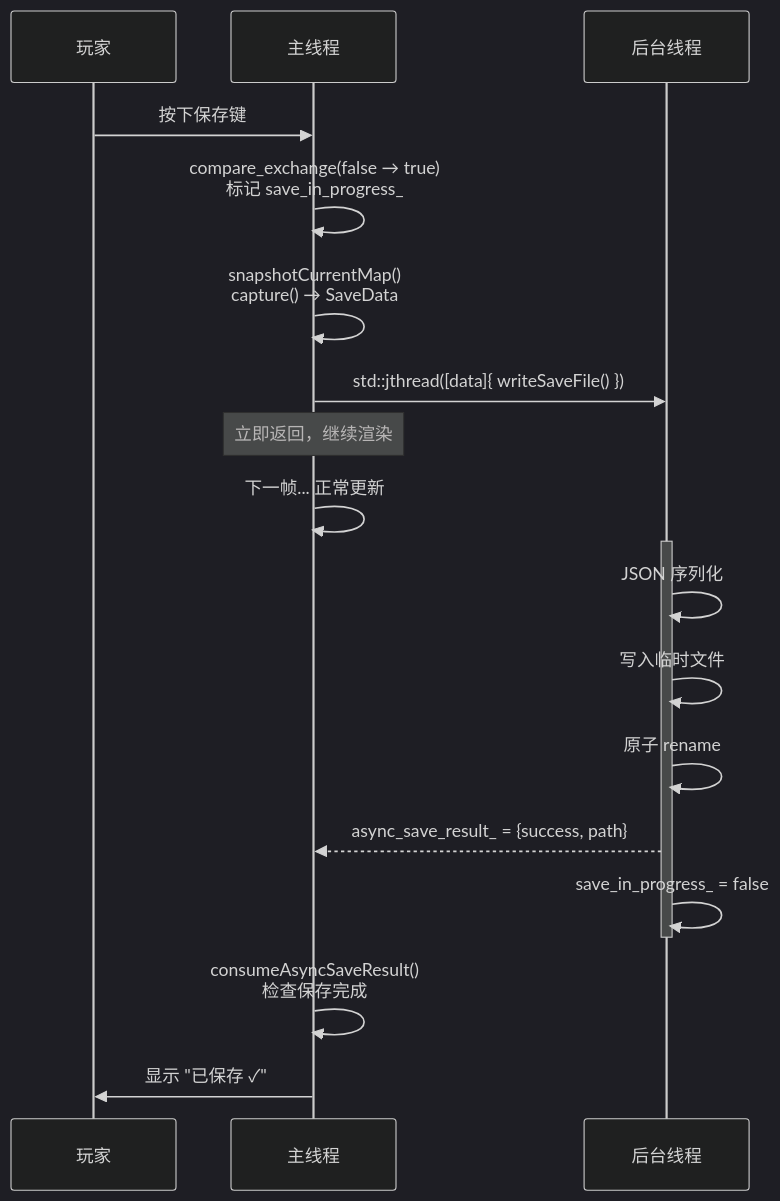
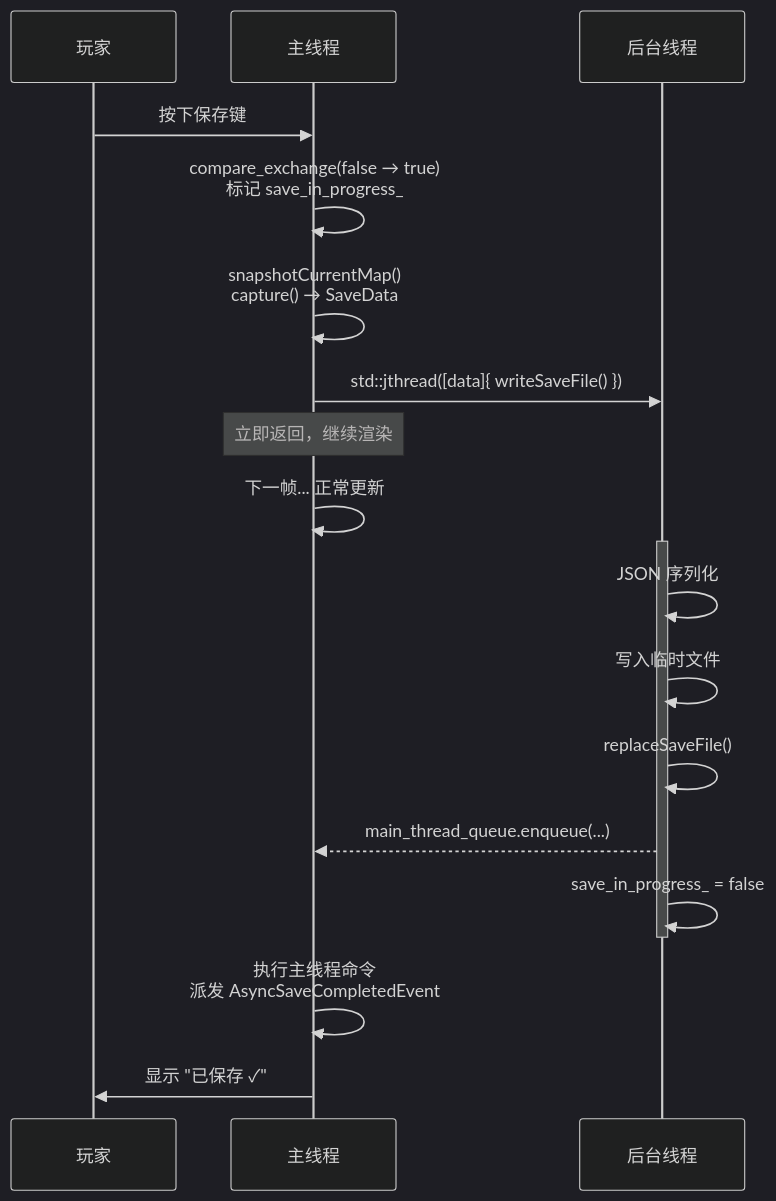
The first of 5 diagrams in docs/tutorial/multi-thread/09-background-save-io.md (WispSnow/TinyFarmRPG), drawn with Mermaid (dark theme) before and after one commit. The commit also changed other lines of this file and 15 other files, not shown here.

````diff
--- a/docs/tutorial/multi-thread/09-background-save-io.md
+++ b/docs/tutorial/multi-thread/09-background-save-io.md
@@ -27,27 +27,27 @@
 ```mermaid
 sequenceDiagram
     participant P as 玩家
     participant M as 主线程
     participant B as 后台线程
 
     P->>M: 按下保存键
     M->>M: compare_exchange(false → true)<br/>标记 save_in_progress_
 
     M->>M: snapshotCurrentMap()<br/>capture() → SaveData
 
     M->>B: std::jthread([data]{ writeSaveFile() })
     Note over M: 立即返回，继续渲染
 
     M->>M: 下一帧... 正常更新
 
     activate B
     B->>B: JSON 序列化
     B->>B: 写入临时文件
-    B->>B: 原子 rename
-    B-->>M: async_save_result_ = {success, path}
+    B->>B: replaceSaveFile()
+    B-->>M: main_thread_queue.enqueue(...)
     B->>B: save_in_progress_ = false
     deactivate B
 
-    M->>M: consumeAsyncSaveResult()<br/>检查保存完成
+    M->>M: 执行主线程命令<br/>派发 AsyncSaveCompletedEvent
     M->>P: 显示 "已保存 ✓"
 ```
````
